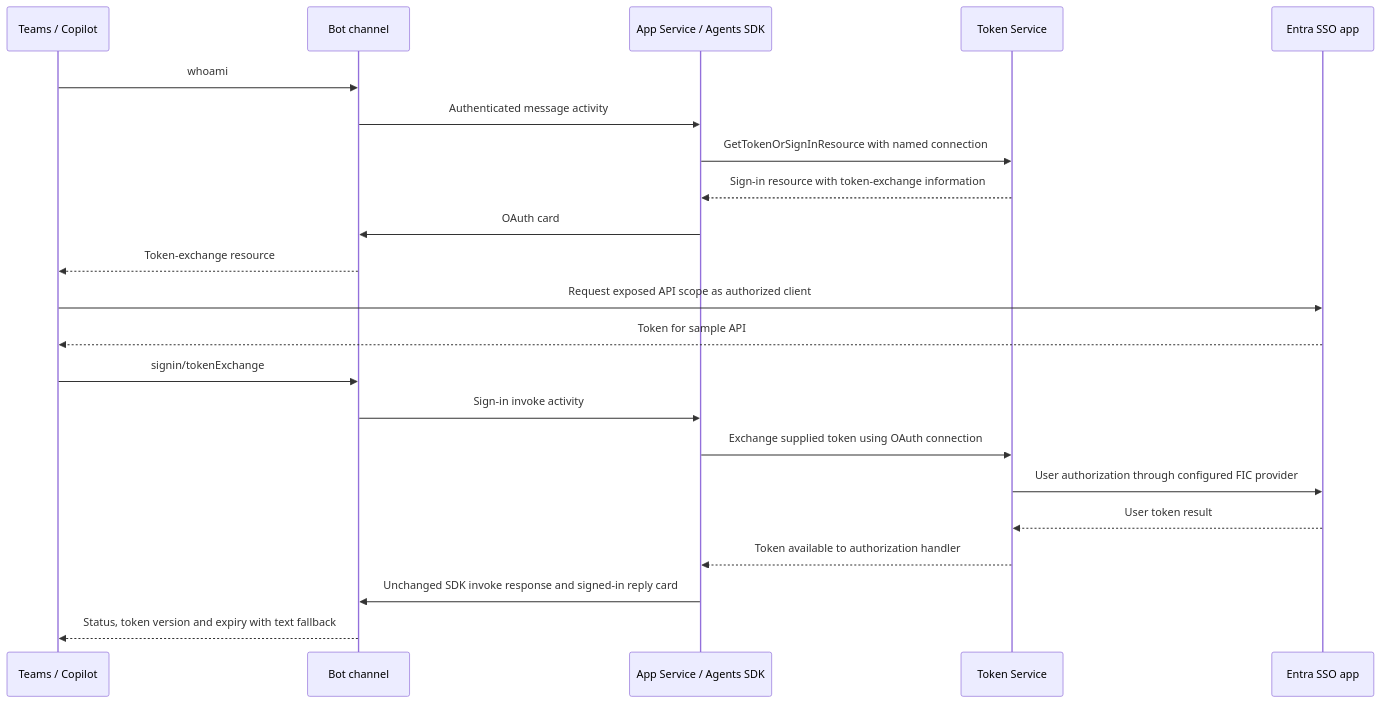
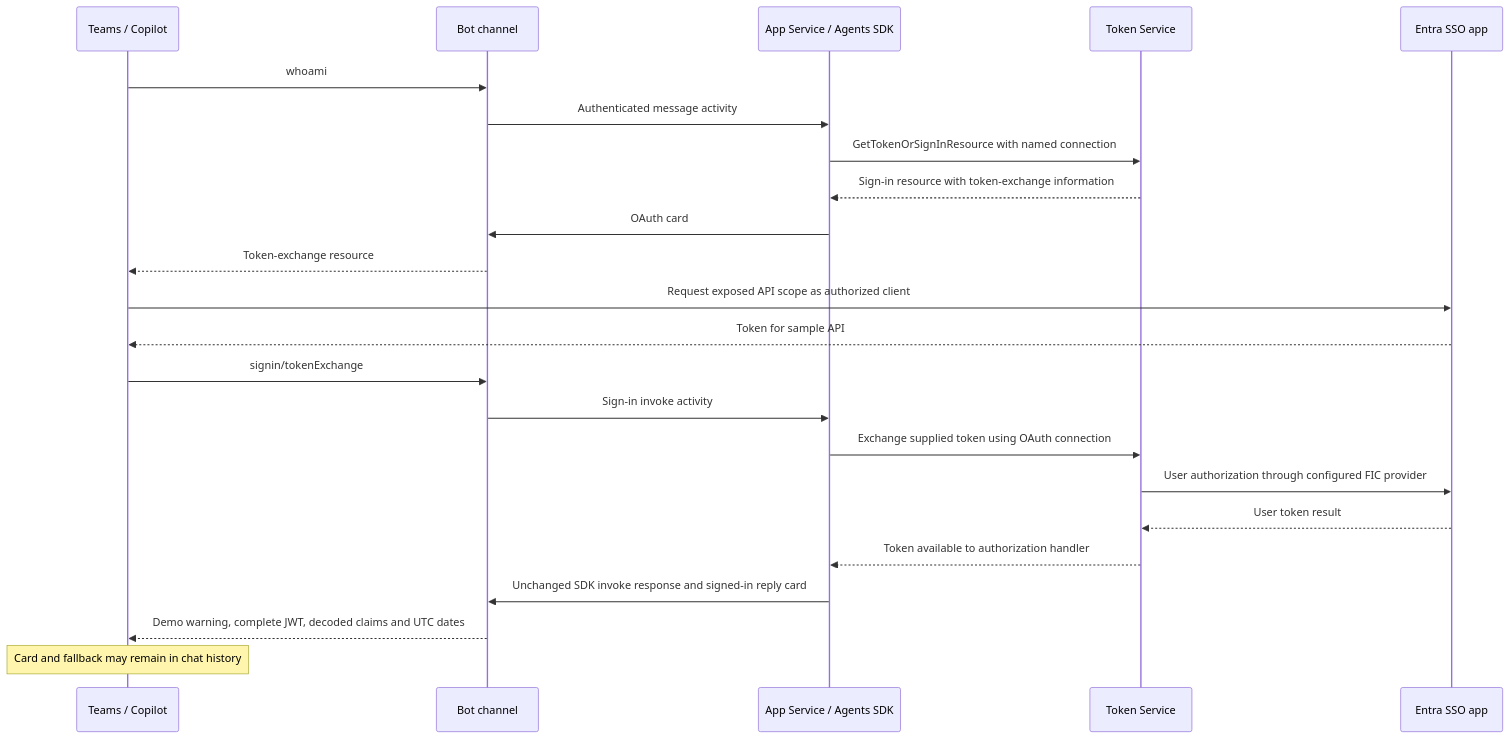
One commit to san360/teams-sso-oauth changed the second of 3 diagrams in docs/ARCHITECTURE.md. Above: the diagram before and after it, drawn with Mermaid. The commit also changed other lines of this file and 12 other files, not shown here.

Commit message:
Show complete JWT and decoded claims in demo whoami cards

````diff
--- a/docs/ARCHITECTURE.md
+++ b/docs/ARCHITECTURE.md
@@ -51,24 +51,25 @@
 ```mermaid
 sequenceDiagram
     participant Client as Teams / Copilot
     participant Channel as Bot channel
     participant Agent as App Service / Agents SDK
     participant Store as Token Service
     participant Entra as Entra SSO app
     Client->>Channel: whoami
     Channel->>Agent: Authenticated message activity
     Agent->>Store: GetTokenOrSignInResource with named connection
     Store-->>Agent: Sign-in resource with token-exchange information
     Agent->>Channel: OAuth card
     Channel-->>Client: Token-exchange resource
     Client->>Entra: Request exposed API scope as authorized client
     Entra-->>Client: Token for sample API
     Client->>Channel: signin/tokenExchange
     Channel->>Agent: Sign-in invoke activity
     Agent->>Store: Exchange supplied token using OAuth connection
     Store->>Entra: User authorization through configured FIC provider
     Entra-->>Store: User token result
     Store-->>Agent: Token available to authorization handler
     Agent->>Channel: Unchanged SDK invoke response and signed-in reply card
-    Channel-->>Client: Status, token version and expiry with text fallback
+    Channel-->>Client: Demo warning, complete JWT, decoded claims and UTC dates
+    Note over Client: Card and fallback may remain in chat history
 ```
````
